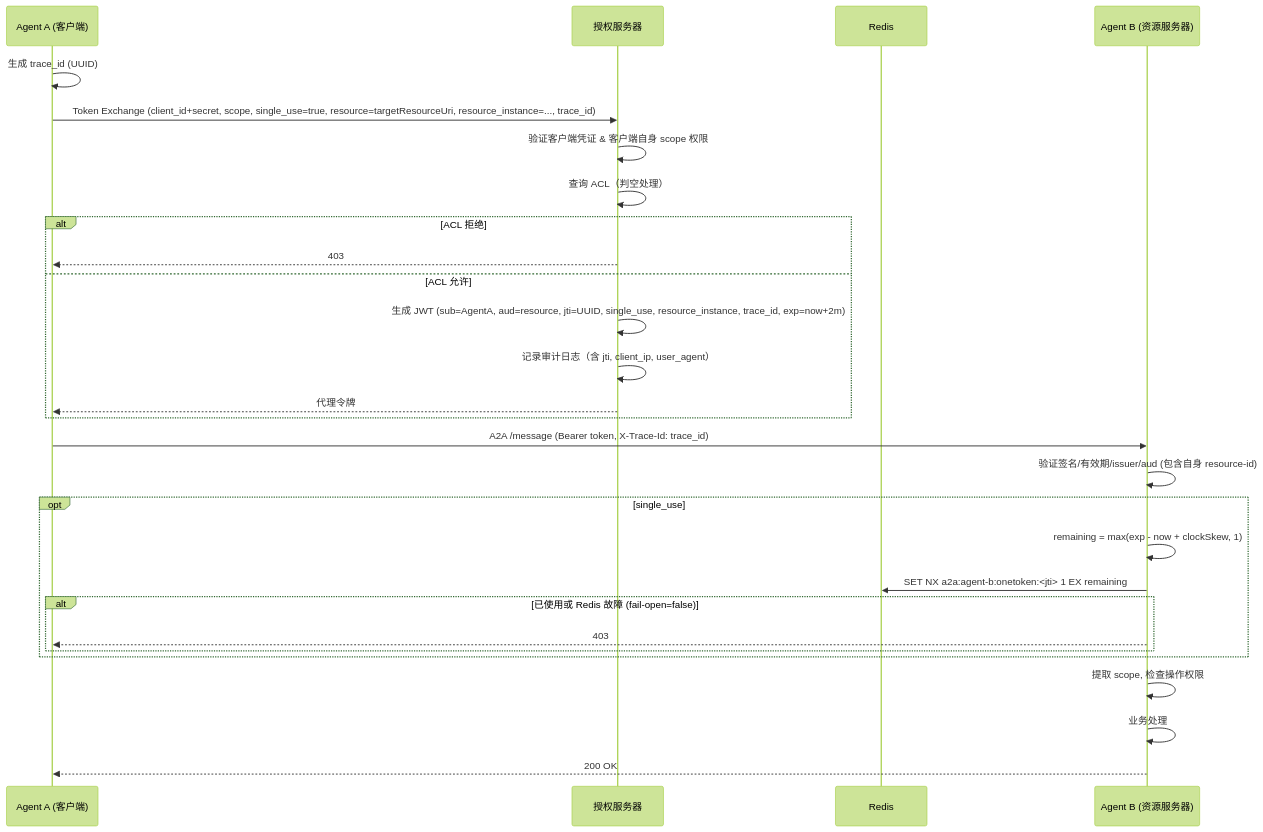
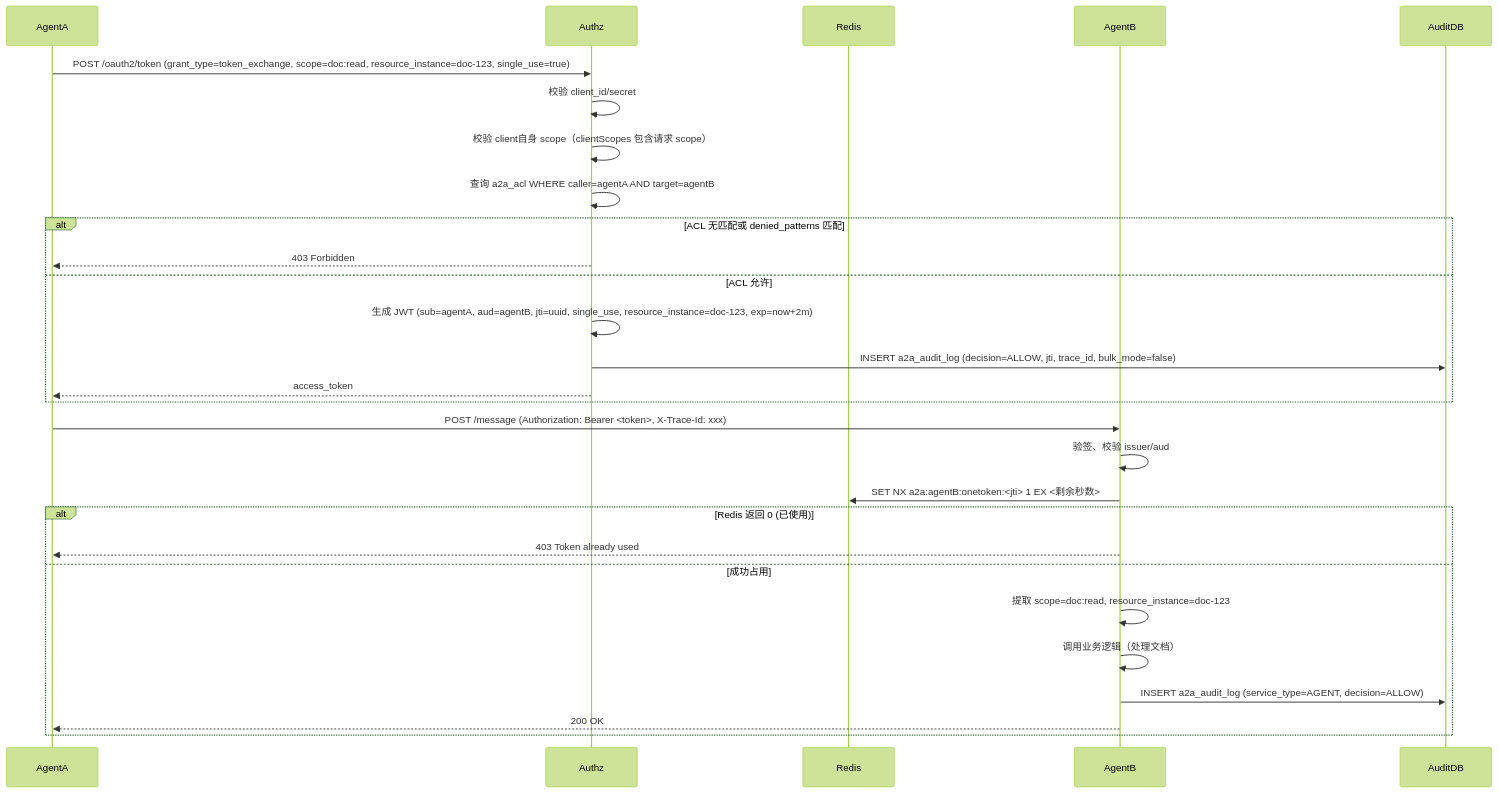
The first of 5 diagrams in security/A2A 权限系统架构设计文档.md (latcn/developer-knowledge), drawn with Mermaid (forest theme) before and after one commit. The commit also changed other lines of this file, not shown here.

````diff
--- a/security/A2A 权限系统架构设计文档.md
+++ b/security/A2A 权限系统架构设计文档.md
@@ -955,31 +1055,31 @@
 ```mermaid
 sequenceDiagram
-    participant AgentA as Agent A (客户端)
-    participant Authz as 授权服务器
-    participant Redis as Redis
-    participant AgentB as Agent B (资源服务器)
+    participant AgentA
+    participant Authz
+    participant Redis
+    participant AgentB
+    participant AuditDB
 
-    AgentA->>AgentA: 生成 trace_id (UUID)
-    AgentA->>Authz: Token Exchange (client_id+secret, scope, single_use=true, resource=targetResourceUri, resource_instance=..., trace_id)
-    Authz->>Authz: 验证客户端凭证 & 客户端自身 scope 权限
-    Authz->>Authz: 查询 ACL（判空处理）
-    alt ACL 拒绝
-        Authz-->>AgentA: 403
+    AgentA->>Authz: POST /oauth2/token (grant_type=token_exchange, scope=doc:read, resource_instance=doc-123, single_use=true)
+    Authz->>Authz: 校验 client_id/secret
+    Authz->>Authz: 校验 client自身 scope（clientScopes 包含请求 scope）
+    Authz->>Authz: 查询 a2a_acl WHERE caller=agentA AND target=agentB
+    alt ACL 无匹配或 denied_patterns 匹配
+        Authz-->>AgentA: 403 Forbidden
     else ACL 允许
-        Authz->>Authz: 生成 JWT (sub=AgentA, aud=resource, jti=UUID, single_use, resource_instance, trace_id, exp=now+2m)
-        Authz->>Authz: 记录审计日志（含 jti, client_ip, user_agent）
-        Authz-->>AgentA: 代理令牌
+        Authz->>Authz: 生成 JWT (sub=agentA, aud=agentB, jti=uuid, single_use, resource_instance=doc-123, exp=now+2m)
+        Authz->>AuditDB: INSERT a2a_audit_log (decision=ALLOW, jti, trace_id, bulk_mode=false)
+        Authz-->>AgentA: access_token
     end
-    AgentA->>AgentB: A2A /message (Bearer token, X-Trace-Id: trace_id)
-    AgentB->>AgentB: 验证签名/有效期/issuer/aud (包含自身 resource-id)
-    opt single_use
-        AgentB->>AgentB: remaining = max(exp - now + clockSkew, 1)
-        AgentB->>Redis: SET NX a2a:agent-b:onetoken:<jti> 1 EX remaining
-        alt 已使用或 Redis 故障 (fail-open=false)
-            AgentB-->>AgentA: 403
-        end
+    AgentA->>AgentB: POST /message (Authorization: Bearer <token>, X-Trace-Id: xxx)
+    AgentB->>AgentB: 验签、校验 issuer/aud
+    AgentB->>Redis: SET NX a2a:agentB:onetoken:<jti> 1 EX <剩余秒数>
+    alt Redis 返回 0 (已使用)
+        AgentB-->>AgentA: 403 Token already used
+    else 成功占用
+        AgentB->>AgentB: 提取 scope=doc:read, resource_instance=doc-123
+        AgentB->>AgentB: 调用业务逻辑（处理文档）
+        AgentB->>AuditDB: INSERT a2a_audit_log (service_type=AGENT, decision=ALLOW)
+        AgentB-->>AgentA: 200 OK
     end
-    AgentB->>AgentB: 提取 scope, 检查操作权限
-    AgentB->>AgentB: 业务处理
-    AgentB-->>AgentA: 200 OK
 ```
````
